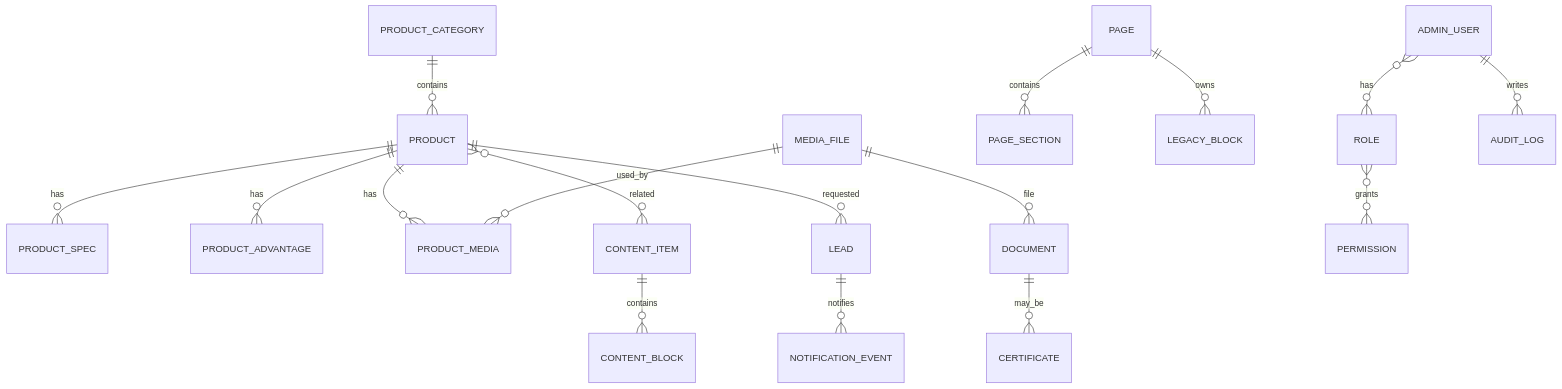
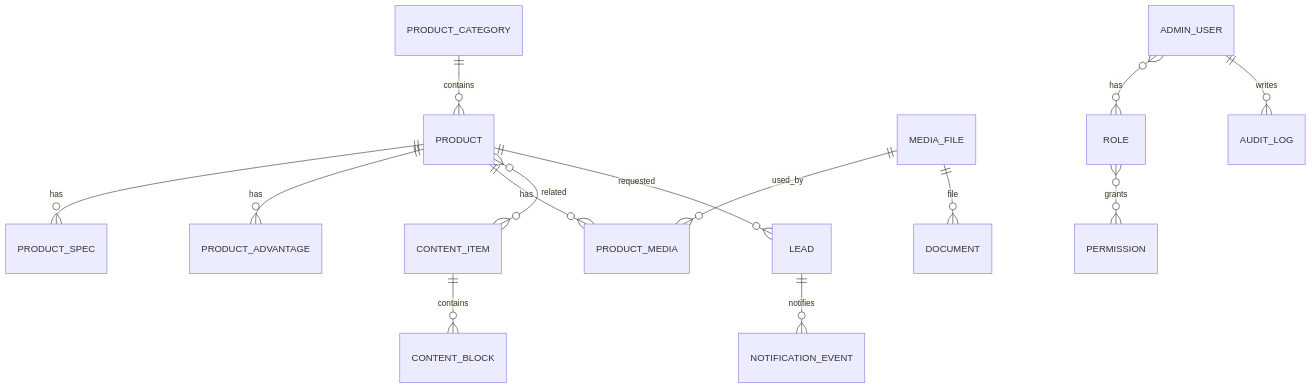
One commit to stanley-co/landing-web changed the diagram in architecture-sdd/MASTER_ARCHITECTURE.md. Above: the diagram before and after it, drawn with Mermaid. The commit also changed other lines of this file and 5 other files, not shown here.

````diff
--- a/architecture-sdd/MASTER_ARCHITECTURE.md
+++ b/architecture-sdd/MASTER_ARCHITECTURE.md
@@ -88,19 +90,16 @@
 ```mermaid
 erDiagram
   PRODUCT_CATEGORY ||--o{ PRODUCT : contains
   PRODUCT ||--o{ PRODUCT_SPEC : has
   PRODUCT ||--o{ PRODUCT_ADVANTAGE : has
   PRODUCT ||--o{ PRODUCT_MEDIA : has
   MEDIA_FILE ||--o{ PRODUCT_MEDIA : used_by
   CONTENT_ITEM ||--o{ CONTENT_BLOCK : contains
   PRODUCT }o--o{ CONTENT_ITEM : related
-  PAGE ||--o{ PAGE_SECTION : contains
-  PAGE ||--o{ LEGACY_BLOCK : owns
   MEDIA_FILE ||--o{ DOCUMENT : file
-  DOCUMENT ||--o{ CERTIFICATE : may_be
   PRODUCT ||--o{ LEAD : requested
   LEAD ||--o{ NOTIFICATION_EVENT : notifies
   ADMIN_USER }o--o{ ROLE : has
   ROLE }o--o{ PERMISSION : grants
   ADMIN_USER ||--o{ AUDIT_LOG : writes
 ```
````
